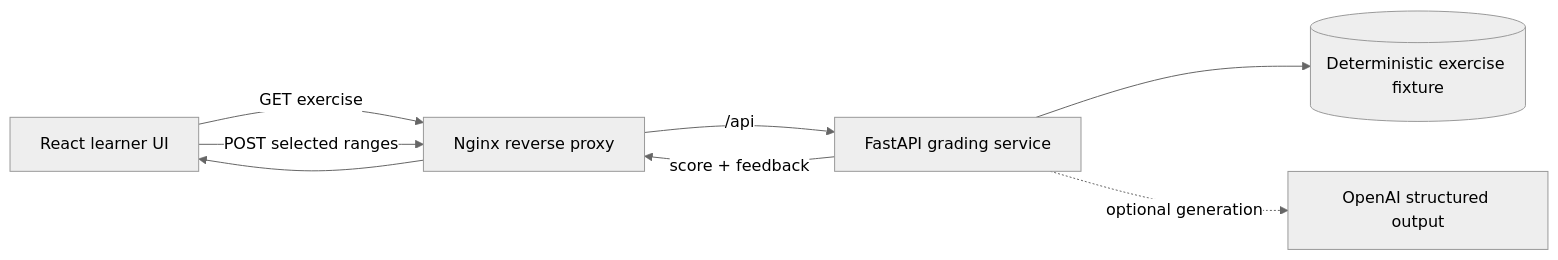
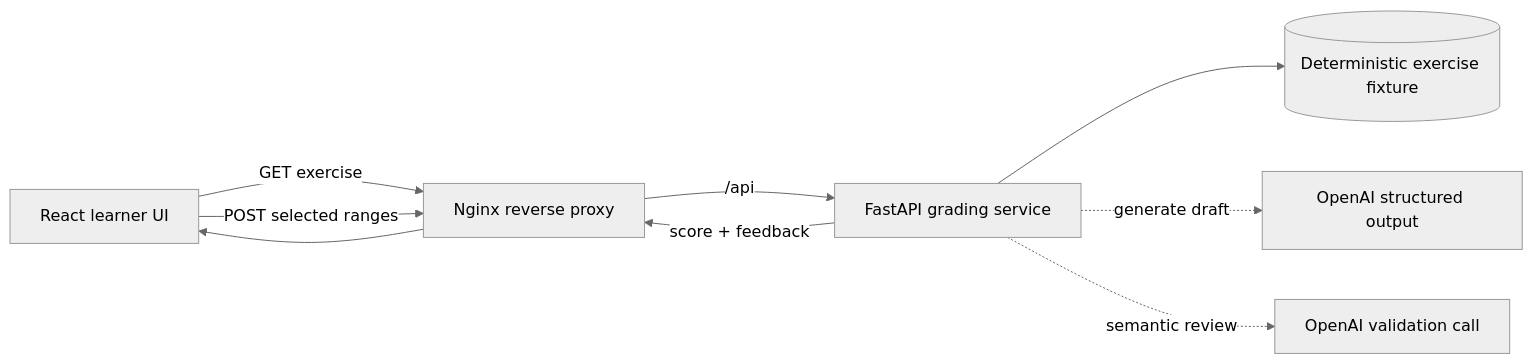
The diagram in README.md (ydnadvisory/global-generation), drawn with Mermaid (neutral theme) before and after one commit. The commit also changed other lines of this file and 9 other files, not shown here.

Commit message:
feat: implement two-stage exercise generation with semantic validation; enhance UI for exercise regeneration

````diff
--- a/README.md
+++ b/README.md
@@ -33,10 +33,11 @@
 ```mermaid
 flowchart LR
     Browser[React learner UI] -->|GET exercise| Proxy[Nginx reverse proxy]
     Browser -->|POST selected ranges| Proxy
     Proxy -->|/api| API[FastAPI grading service]
     API --> Fixture[(Deterministic exercise fixture)]
-    API -. optional generation .-> OpenAI[OpenAI structured output]
+    API -. generate draft .-> OpenAI[OpenAI structured output]
+    API -. semantic review .-> Reviewer[OpenAI validation call]
     API -->|score + feedback| Proxy
     Proxy --> Browser
 ```
````
